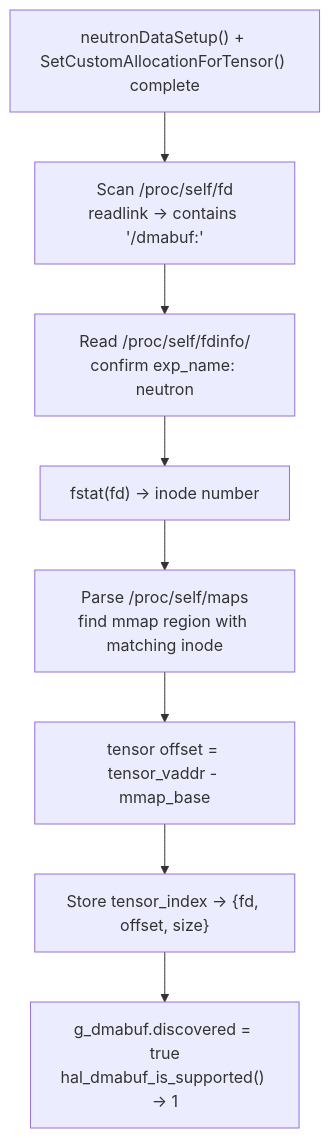
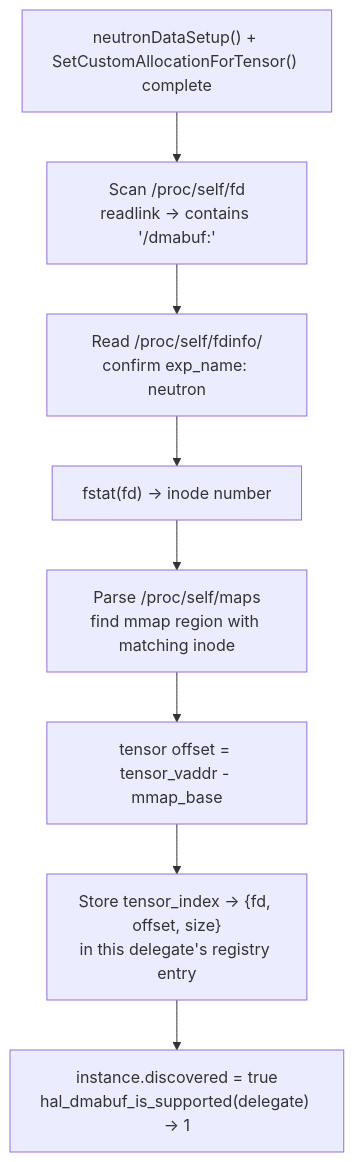
One commit to EdgeFirstAI/tflite-neutron-delegate changed the fifth of 8 diagrams in DMABUF.md. Above: the diagram before and after it, drawn with Mermaid. The commit also changed other lines of this file and 3 other files, not shown here.

First line of the commit message:
EDGEAI-1188: dmabuf: per-delegate registry for multi-context support

````diff
--- a/DMABUF.md
+++ b/DMABUF.md
@@ -210,19 +213,19 @@
 ```mermaid
 flowchart TD
     Start["neutronDataSetup() + SetCustomAllocationForTensor() complete"]
     Scan["Scan /proc/self/fd<br/>readlink → contains '/dmabuf:'"]
     FDInfo["Read /proc/self/fdinfo/<fd><br/>confirm exp_name: neutron"]
     Stat["fstat(fd) → inode number"]
     Maps["Parse /proc/self/maps<br/>find mmap region with matching inode"]
     Offset["tensor offset = tensor_vaddr - mmap_base"]
-    Store["Store tensor_index → {fd, offset, size}"]
-    Done["g_dmabuf.discovered = true<br/>hal_dmabuf_is_supported() → 1"]
+    Store["Store tensor_index → {fd, offset, size}<br/>in this delegate's registry entry"]
+    Done["instance.discovered = true<br/>hal_dmabuf_is_supported(delegate) → 1"]
 
     Start --> Scan
     Scan --> FDInfo
     FDInfo --> Stat
     Stat --> Maps
     Maps --> Offset
     Offset --> Store
     Store --> Done
 ```
````
